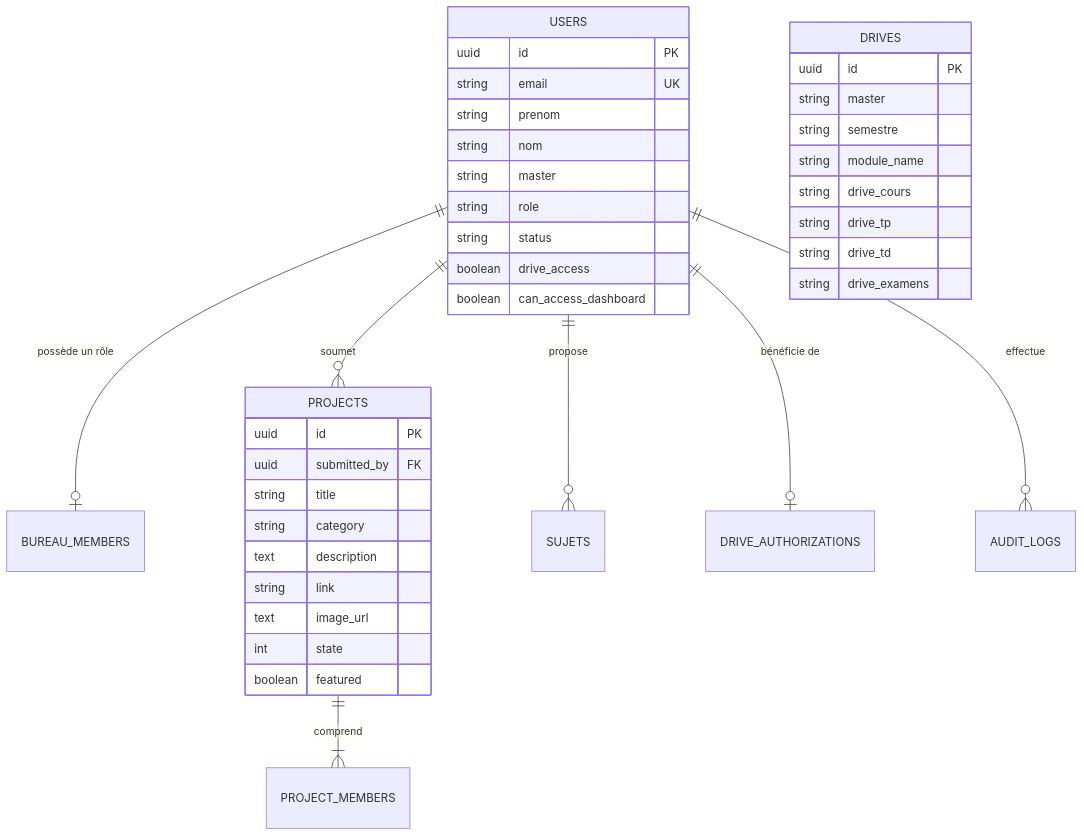
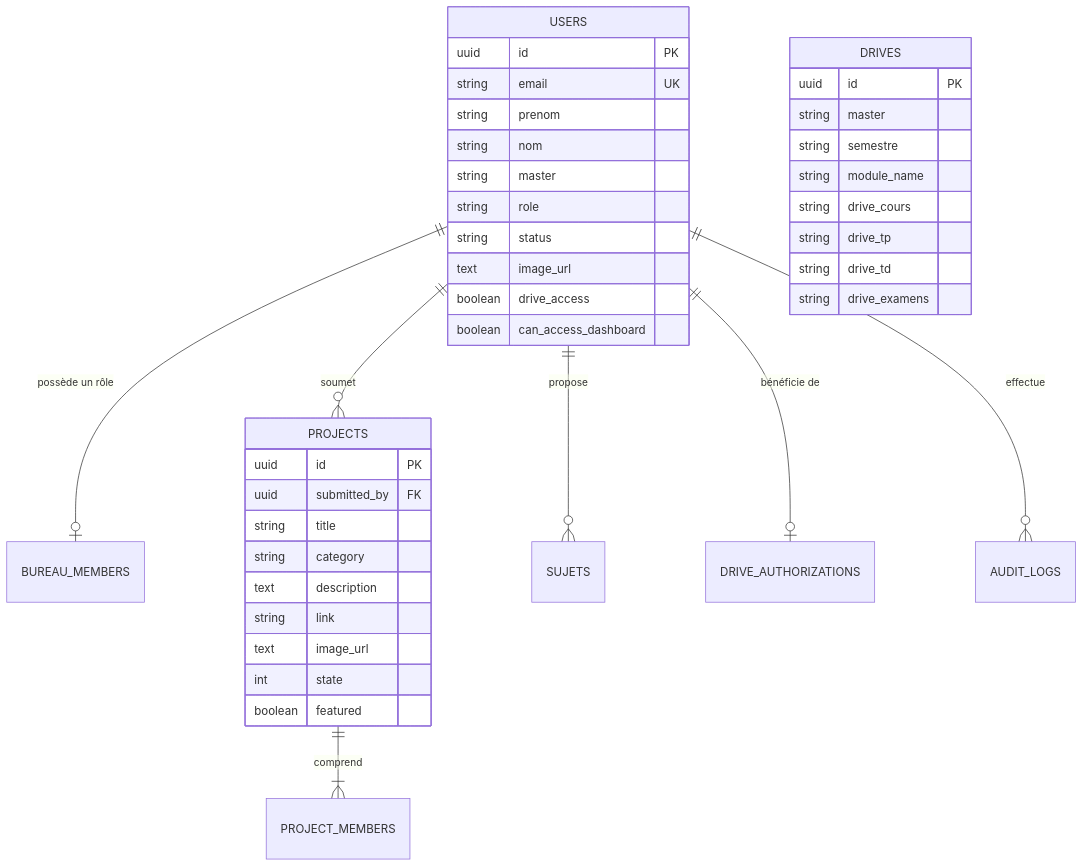
Before and after one commit to NoobJsPerson/ciaa-site: the diagram in DATABASE_MODELISATION.md, drawn with Mermaid. The commit also changed other lines of this file and 14 other files, not shown here.

````diff
--- a/DATABASE_MODELISATION.md
+++ b/DATABASE_MODELISATION.md
@@ -23,44 +23,45 @@
 ```mermaid
 erDiagram
     USERS ||--o| BUREAU_MEMBERS : "possède un rôle"
     USERS ||--o{ PROJECTS : "soumet"
     USERS ||--o{ SUJETS : "propose"
     USERS ||--o| DRIVE_AUTHORIZATIONS : "bénéficie de"
     PROJECTS ||--|{ PROJECT_MEMBERS : "comprend"
     USERS ||--o{ AUDIT_LOGS : "effectue"
 
     USERS {
         uuid id PK
         string email UK
         string prenom
         string nom
         string master
         string role
         string status
+        text image_url
         boolean drive_access
         boolean can_access_dashboard
     }
 
     PROJECTS {
         uuid id PK
         uuid submitted_by FK
         string title
         string category
         text description
         string link
         text image_url
         int state
         boolean featured
     }
 
     DRIVES {
         uuid id PK
         string master
         string semestre
         string module_name
         string drive_cours
         string drive_tp
         string drive_td
         string drive_examens
     }
 ```
````
